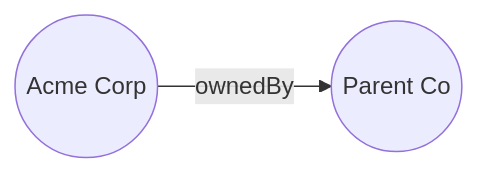
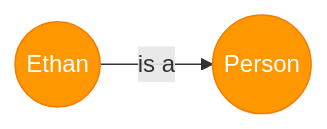
One commit to wazootech/worlds changed the second of 3 diagrams in packages/docs/worlds/index.mdx. Above: the diagram before and after it, drawn with Mermaid. The commit also changed other lines of this file and 2 other files, not shown here.

````diff
--- a/packages/docs/worlds/index.mdx
+++ b/packages/docs/worlds/index.mdx
@@ -56,4 +56,6 @@
 ```mermaid
 graph LR
-    A((Acme Corp)) -->|ownedBy| B((Parent Co))
+    A((Ethan)) -->|is a| B((Person))
+    style A fill:#FF9800,stroke:#F57C00,color:#fff
+    style B fill:#FF9800,stroke:#F57C00,color:#fff
 ```
````
